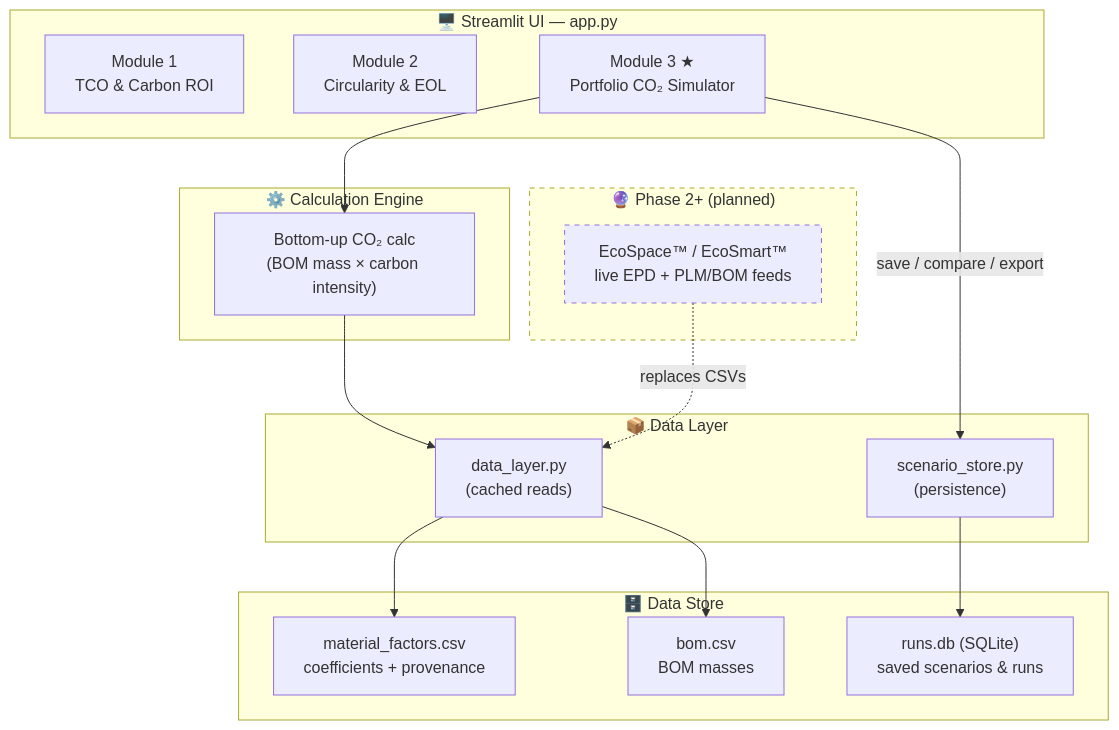
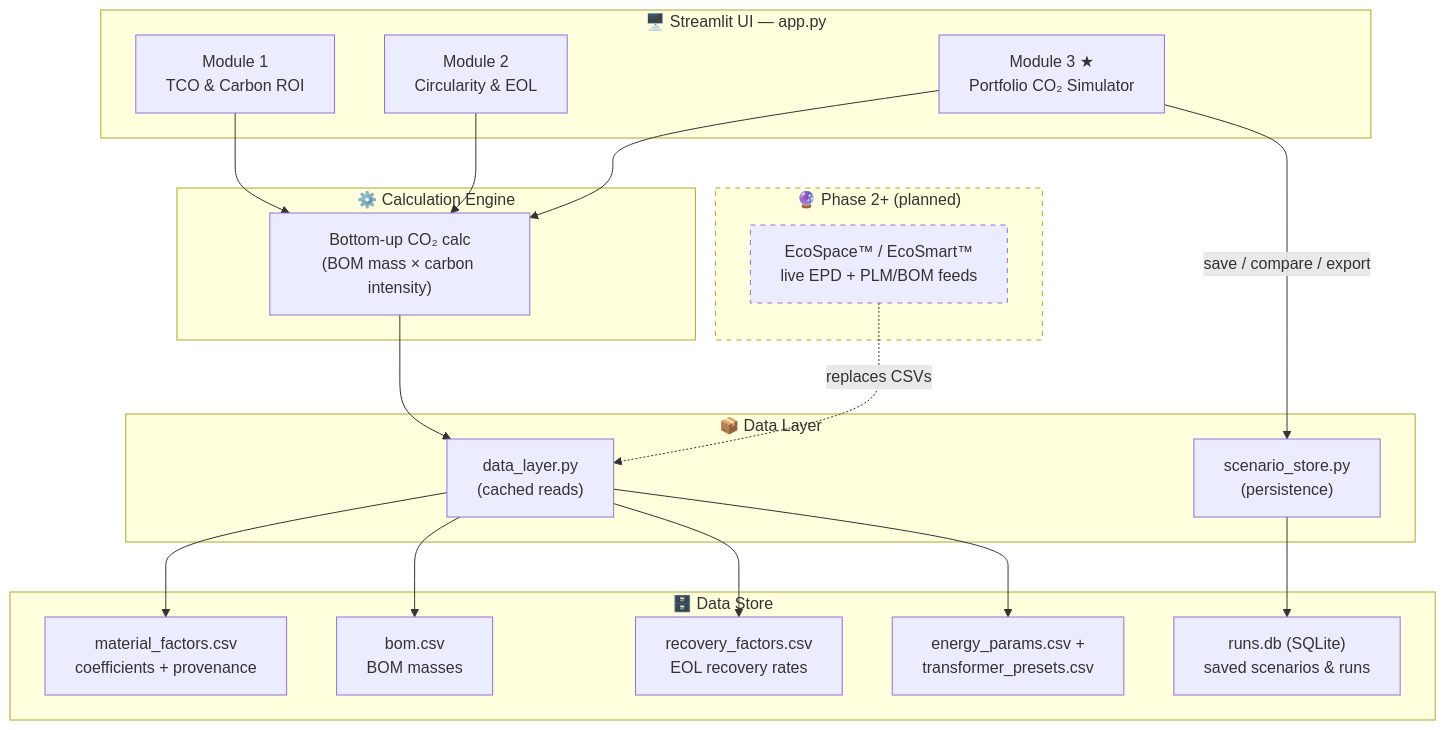
Before and after one commit to lugasraka/CO2-calculator-prototype-transformer: the first of 2 diagrams in README.md, drawn with Mermaid. The commit also changed other lines of this file and 7 other files, not shown here.

````diff
--- a/README.md
+++ b/README.md
@@ -31,38 +31,44 @@
 ```mermaid
 flowchart TD
     subgraph UI["🖥️ Streamlit UI — app.py"]
         M1["Module 1<br/>TCO & Carbon ROI"]
         M2["Module 2<br/>Circularity & EOL"]
         M3["Module 3 ★<br/>Portfolio CO₂ Simulator"]
     end
 
     subgraph LOGIC["⚙️ Calculation Engine"]
         CALC["Bottom-up CO₂ calc<br/>(BOM mass × carbon intensity)"]
     end
 
     subgraph DATA["📦 Data Layer"]
         DL["data_layer.py<br/>(cached reads)"]
         SS["scenario_store.py<br/>(persistence)"]
     end
 
     subgraph STORE["🗄️ Data Store"]
         MF["material_factors.csv<br/>coefficients + provenance"]
         BOM["bom.csv<br/>BOM masses"]
+        RF["recovery_factors.csv<br/>EOL recovery rates"]
+        EP["energy_params.csv +<br/>transformer_presets.csv"]
         DB["runs.db (SQLite)<br/>saved scenarios & runs"]
     end
 
     subgraph FUTURE["🔮 Phase 2+ (planned)"]
         FEED["EcoSpace™ / EcoSmart™<br/>live EPD + PLM/BOM feeds"]
     end
 
+    M1 --> CALC
+    M2 --> CALC
     M3 --> CALC
     CALC --> DL
     M3 -->|save / compare / export| SS
     DL --> MF
     DL --> BOM
+    DL --> RF
+    DL --> EP
     SS --> DB
     FEED -.replaces CSVs.-> DL
 
     classDef future stroke-dasharray: 5 5;
     class FUTURE,FEED future;
 ```
````
